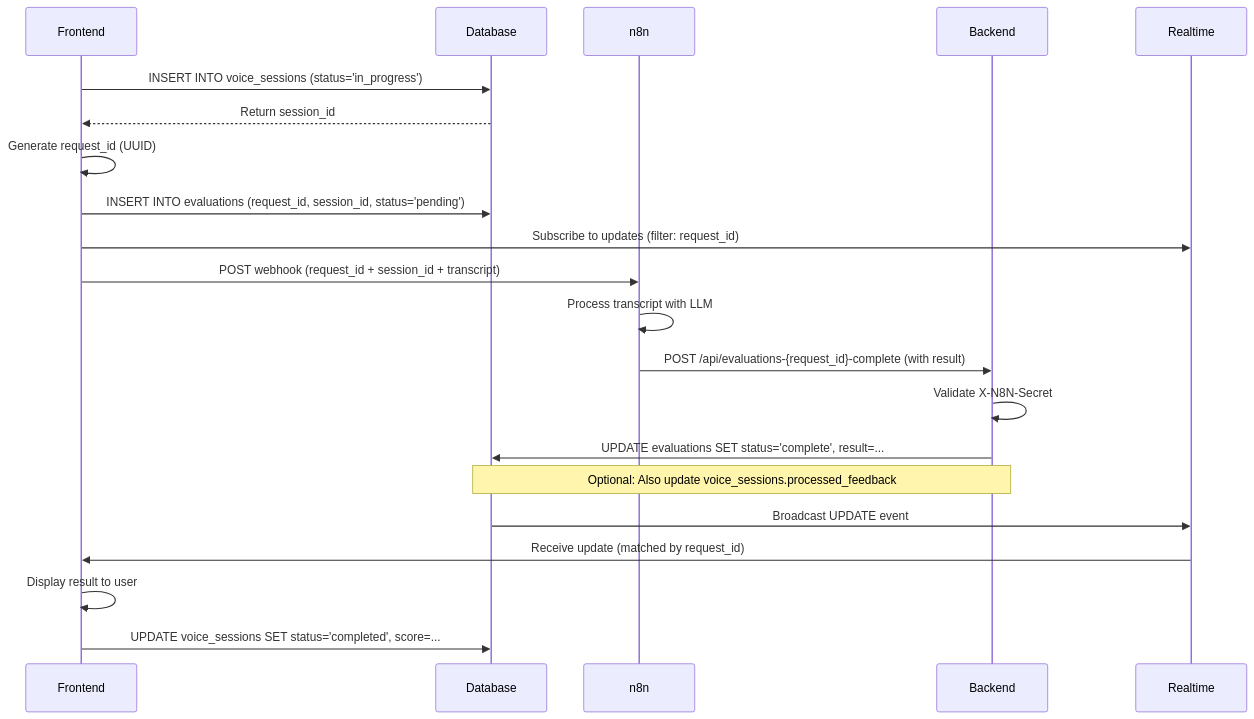
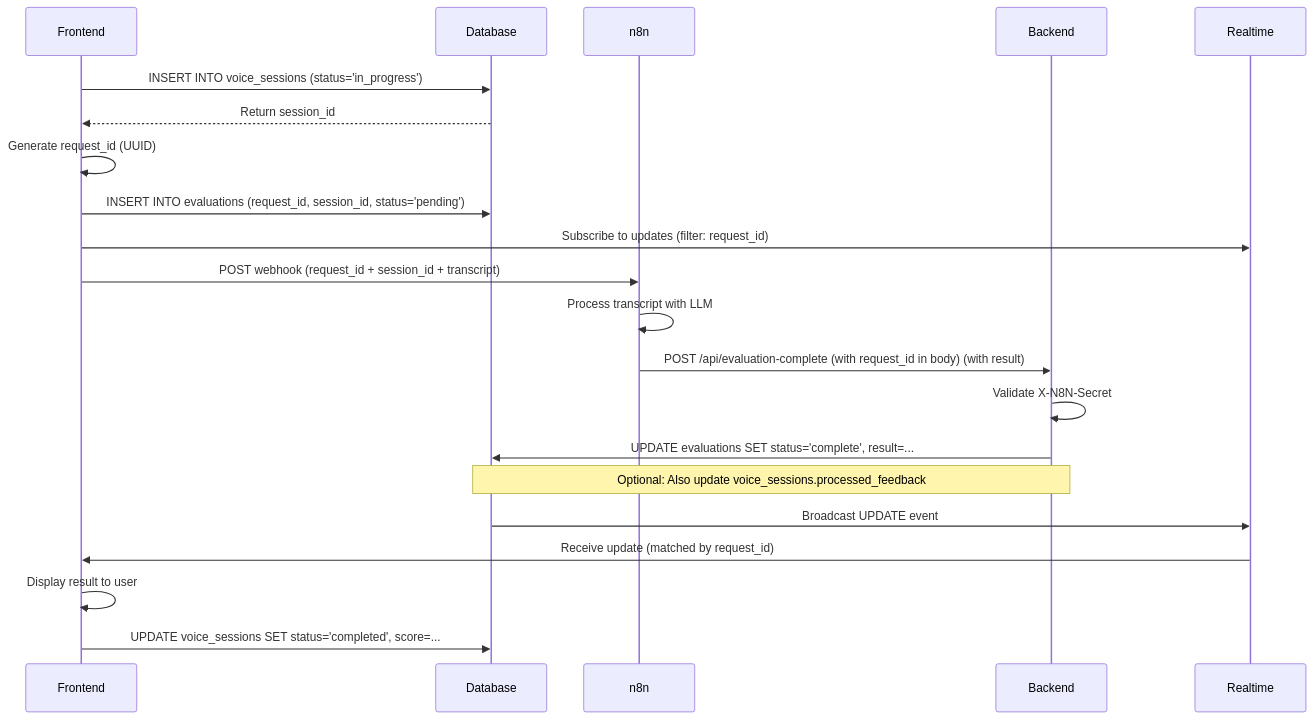
One commit to Sixale730/maity changed the second of 2 diagrams in docs/n8n-evaluation-integration.md. Above: the diagram before and after it, drawn with Mermaid. The commit also changed other lines of this file and 3 other files, not shown here.

````diff
--- a/docs/n8n-evaluation-integration.md
+++ b/docs/n8n-evaluation-integration.md
@@ -419,24 +423,24 @@
 ```mermaid
 sequenceDiagram
     participant Frontend
     participant Database
     participant n8n
     participant Backend
     participant Realtime
 
     Frontend->>Database: INSERT INTO voice_sessions (status='in_progress')
     Database-->>Frontend: Return session_id
     Frontend->>Frontend: Generate request_id (UUID)
     Frontend->>Database: INSERT INTO evaluations (request_id, session_id, status='pending')
     Frontend->>Realtime: Subscribe to updates (filter: request_id)
     Frontend->>n8n: POST webhook (request_id + session_id + transcript)
     n8n->>n8n: Process transcript with LLM
-    n8n->>Backend: POST /api/evaluations-{request_id}-complete (with result)
+    n8n->>Backend: POST /api/evaluation-complete (with request_id in body) (with result)
     Backend->>Backend: Validate X-N8N-Secret
     Backend->>Database: UPDATE evaluations SET status='complete', result=...
     Note over Backend,Database: Optional: Also update voice_sessions.processed_feedback
     Database->>Realtime: Broadcast UPDATE event
     Realtime->>Frontend: Receive update (matched by request_id)
     Frontend->>Frontend: Display result to user
     Frontend->>Database: UPDATE voice_sessions SET status='completed', score=...
 ```
````
